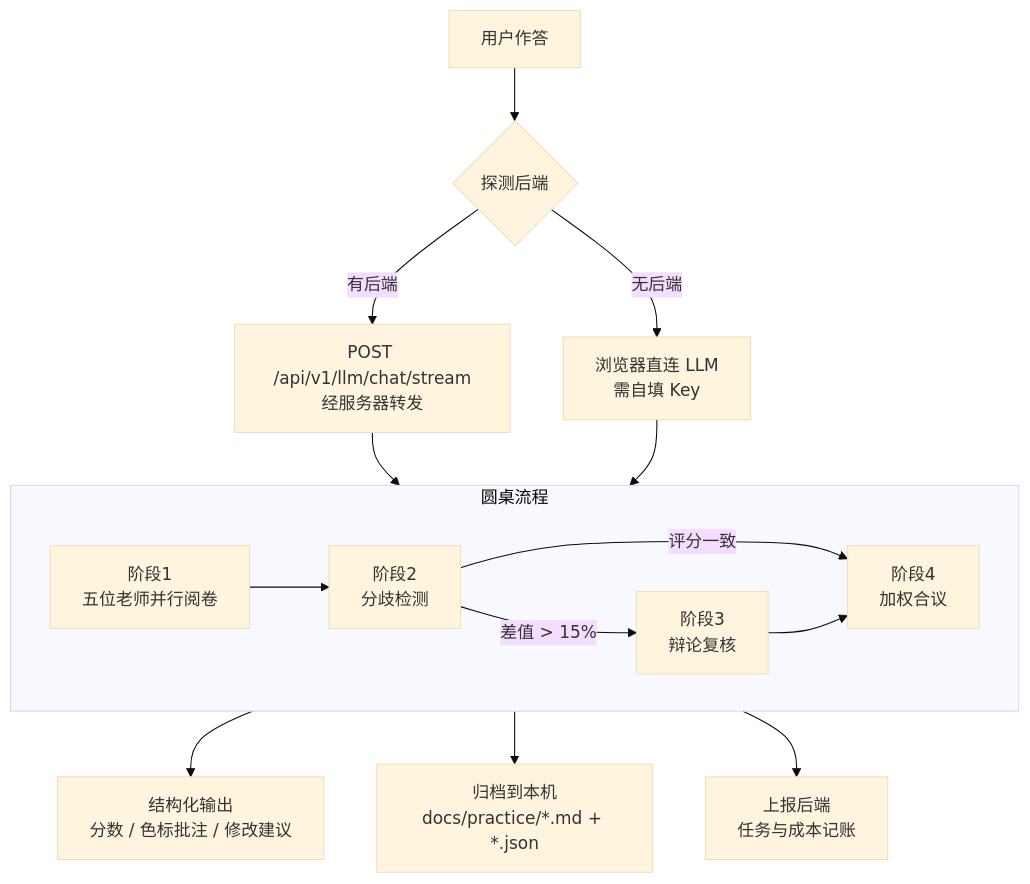
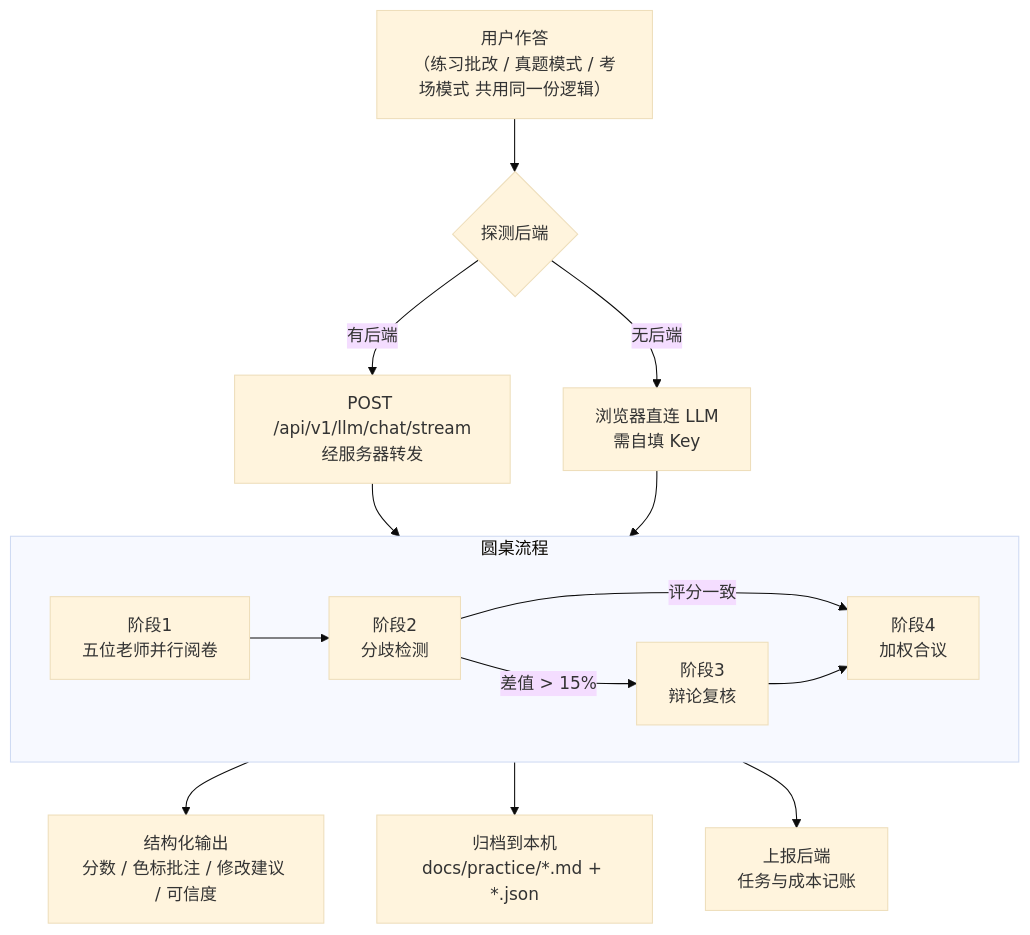
The diagram in README.md (xuyi19/bluepencli), drawn with Mermaid (base theme) before and after one commit. The commit also changed other lines of this file and 9 other files, not shown here.

````diff
--- a/README.md
+++ b/README.md
@@ -189,22 +207,22 @@
 ```mermaid
 flowchart TD
-    A["用户作答"] --> B{"探测后端"}
+    A["用户作答<br/>（练习批改 / 真题模式 / 考场模式 共用同一份逻辑）"] --> B{"探测后端"}
 
     B -->|"有后端"| C["POST /api/v1/llm/chat/stream<br/>经服务器转发"]
     B -->|"无后端"| D["浏览器直连 LLM<br/>需自填 Key"]
 
     C --> E
     D --> E
 
     subgraph RT["圆桌流程"]
         direction LR
         E["阶段1<br/>五位老师并行阅卷"] --> F["阶段2<br/>分歧检测"]
         F -->|"差值 > 15%"| G["阶段3<br/>辩论复核"]
         F -->|"评分一致"| H
         G --> H["阶段4<br/>加权合议"]
     end
 
-    H --> I["结构化输出<br/>分数 / 色标批注 / 修改建议"]
+    H --> I["结构化输出<br/>分数 / 色标批注 / 修改建议 / 可信度"]
     H --> J["归档到本机<br/>docs/practice/*.md + *.json"]
     H --> K["上报后端<br/>任务与成本记账"]
 ```
````
